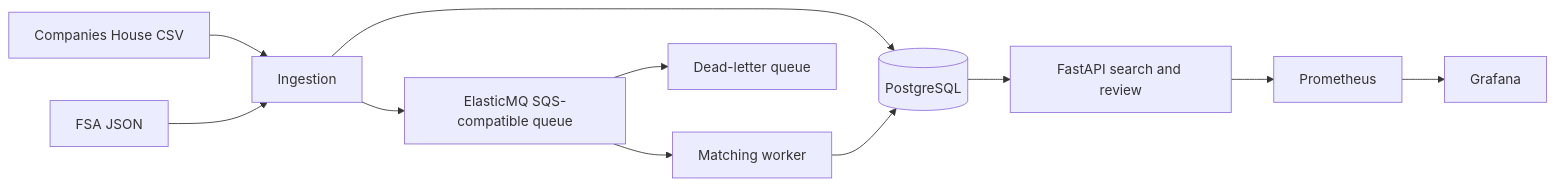
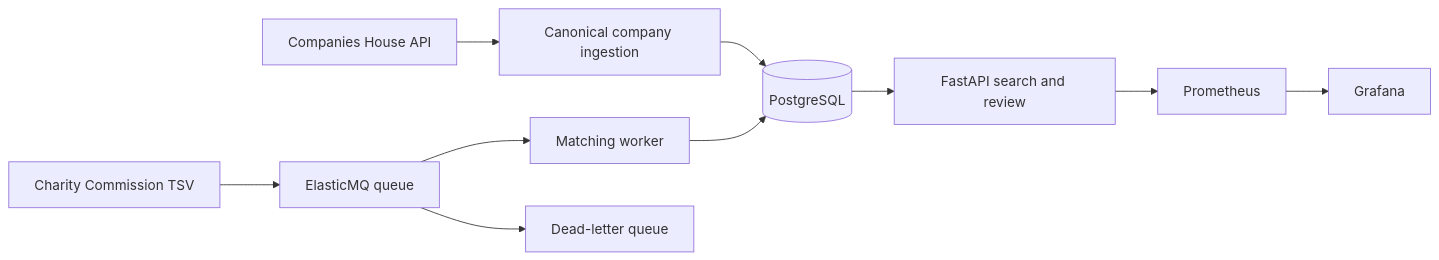
One commit to Abiya-Alex/uk-business-entity-resolution changed the diagram in README.md. Above: the diagram before and after it, drawn with Mermaid. The commit also changed other lines of this file and 6 other files, not shown here.

Commit message:
Generalize query ingestion and document charity linkage scope

````diff
--- a/README.md
+++ b/README.md
@@ -6,13 +7,12 @@
 ```mermaid
 flowchart LR
- CH[Companies House CSV] --> I[Ingestion]
- FSA[FSA JSON] --> I
+ CH[Companies House API] --> I[Canonical company ingestion]
+ CC[Charity Commission TSV] --> Q[ElasticMQ queue]
  I --> DB[(PostgreSQL)]
- I --> Q[ElasticMQ SQS-compatible queue]
  Q --> W[Matching worker]
  W --> DB
  Q --> DLQ[Dead-letter queue]
  DB --> API[FastAPI search and review]
  API --> P[Prometheus]
  P --> G[Grafana]
 ```
````
